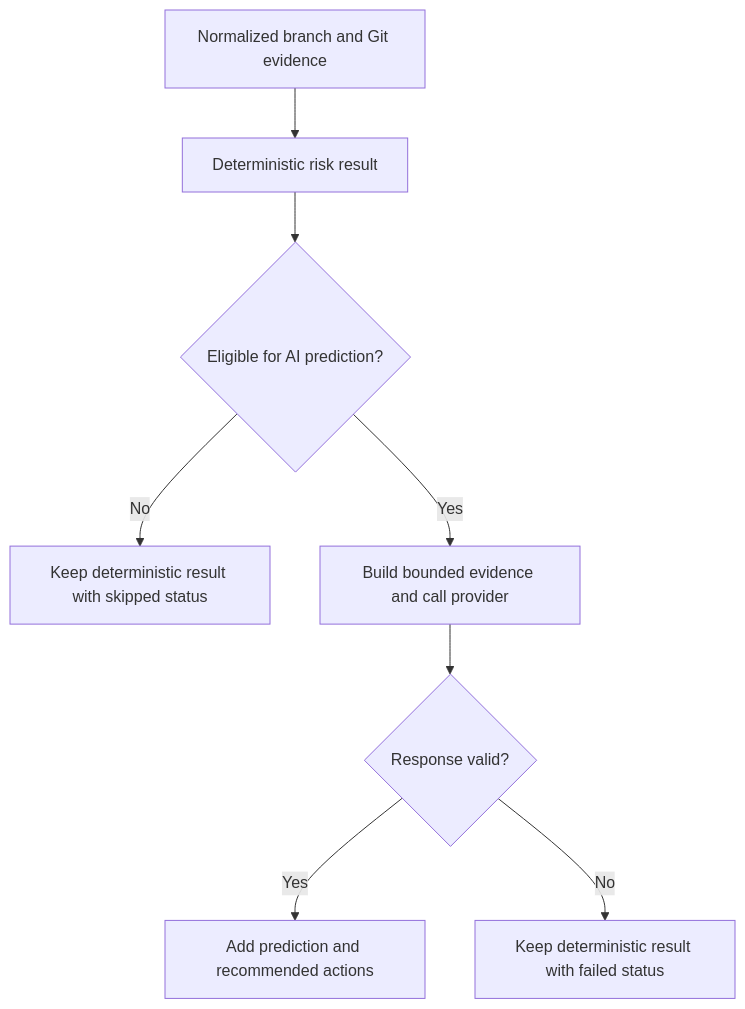
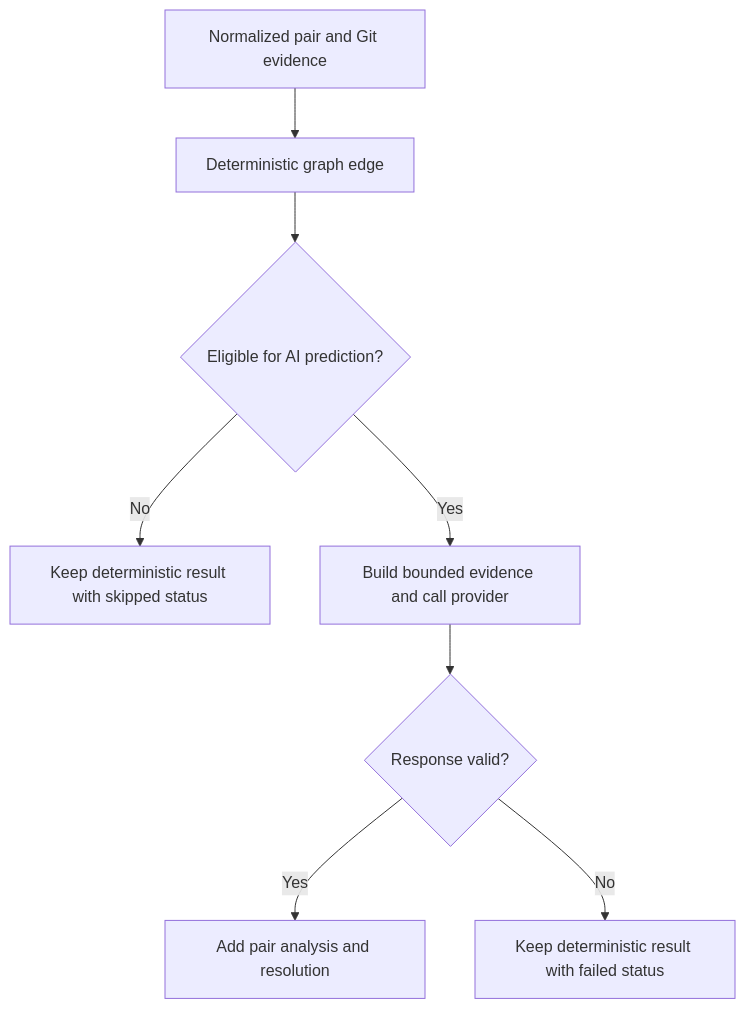
The second of 2 diagrams in .agents/rules/architecture.md (opficdev/Watcher), drawn with Mermaid before and after one commit. The commit also changed other lines of this file and 49 other files, not shown here.

First line of the commit message:
[#49] merge risk report를 branch 조합 중심으로 구성한다 (#63)

````diff
--- a/.agents/rules/architecture.md
+++ b/.agents/rules/architecture.md
@@ -106,19 +109,19 @@
 ```mermaid
 flowchart TD
-	Evidence["Normalized branch and Git evidence"]
-	Deterministic["Deterministic risk result"]
+	Evidence["Normalized pair and Git evidence"]
+	Deterministic["Deterministic graph edge"]
 	Eligible{"Eligible for AI prediction?"}
 	Skip["Keep deterministic result with skipped status"]
 	Predict["Build bounded evidence and call provider"]
 	Validate{"Response valid?"}
-	Add["Add prediction and recommended actions"]
+	Add["Add pair analysis and resolution"]
 	Fail["Keep deterministic result with failed status"]
 
 	Evidence --> Deterministic
 	Deterministic --> Eligible
 	Eligible -->|No| Skip
 	Eligible -->|Yes| Predict
 	Predict --> Validate
 	Validate -->|Yes| Add
 	Validate -->|No| Fail
 ```
````
